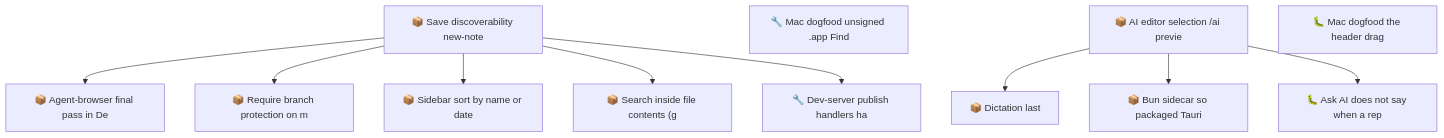
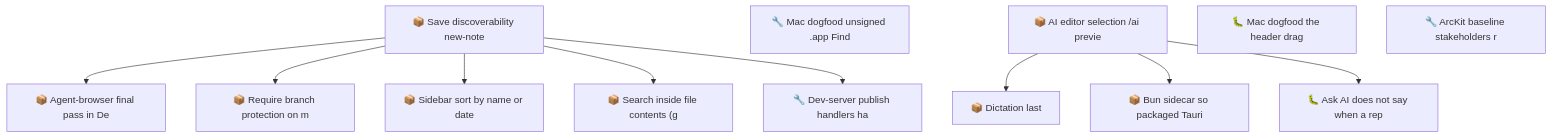
The second of 2 diagrams in docs/roadmap.md (SpillwaveSolutions/motion), drawn with Mermaid before and after one commit. The commit also changed other lines of this file and 7 other files, not shown here.

````diff
--- a/docs/roadmap.md
+++ b/docs/roadmap.md
@@ -127,23 +129,24 @@
 ```mermaid
 graph TD
     01KYQYYN3SBWDT25TC6H3G4EAA["📦 Save discoverability new-note"]
     01KYQYYN3T2SSGG33ESEWPXKH8["📦 Agent-browser final pass in De"]
     01KYQYYN3T731B57N8NXQ8C0FQ["📦 Require branch protection on m"]
     01KYQYYN3TA69K8848E483HC82["📦 Sidebar sort by name or date"]
     01KYQYYN3TKW93D9SVW07VKFZY["📦 Search inside file contents (g"]
     01M18Q560MPAYQJTA0W6F4DAW3["🔧 Mac dogfood unsigned .app Find"]
     01M18R79ZM90HJ0MBG3CX6VW7E["📦 Dictation last"]
     01M18R79ZMN53CMV76JFHKVEFN["📦 AI editor selection /ai previe"]
     01M19Z6Z3XQZ03EYNXKKBG5WK7["📦 Bun sidecar so packaged Tauri"]
     01M1ABZH14RJDDJ7M7HT3TZKYW["🐛 Ask AI does not say when a rep"]
     01M1ABZH2F573CM32N93NDMAGB["🔧 Dev-server publish handlers ha"]
     01M1MVB300KXXJPZ2XACH7A64K["🐛 Mac dogfood the header drag"]
+    01M5FT7DV6ZMNBXWA883G6CDC8["🔧 ArcKit baseline stakeholders r"]
     01KYQYYN3SBWDT25TC6H3G4EAA --> 01KYQYYN3T2SSGG33ESEWPXKH8
     01KYQYYN3SBWDT25TC6H3G4EAA --> 01KYQYYN3T731B57N8NXQ8C0FQ
     01KYQYYN3SBWDT25TC6H3G4EAA --> 01KYQYYN3TA69K8848E483HC82
     01KYQYYN3SBWDT25TC6H3G4EAA --> 01KYQYYN3TKW93D9SVW07VKFZY
     01M18R79ZMN53CMV76JFHKVEFN --> 01M18R79ZM90HJ0MBG3CX6VW7E
     01M18R79ZMN53CMV76JFHKVEFN --> 01M19Z6Z3XQZ03EYNXKKBG5WK7
     01M18R79ZMN53CMV76JFHKVEFN --> 01M1ABZH14RJDDJ7M7HT3TZKYW
     01KYQYYN3SBWDT25TC6H3G4EAA --> 01M1ABZH2F573CM32N93NDMAGB
 ```
````
